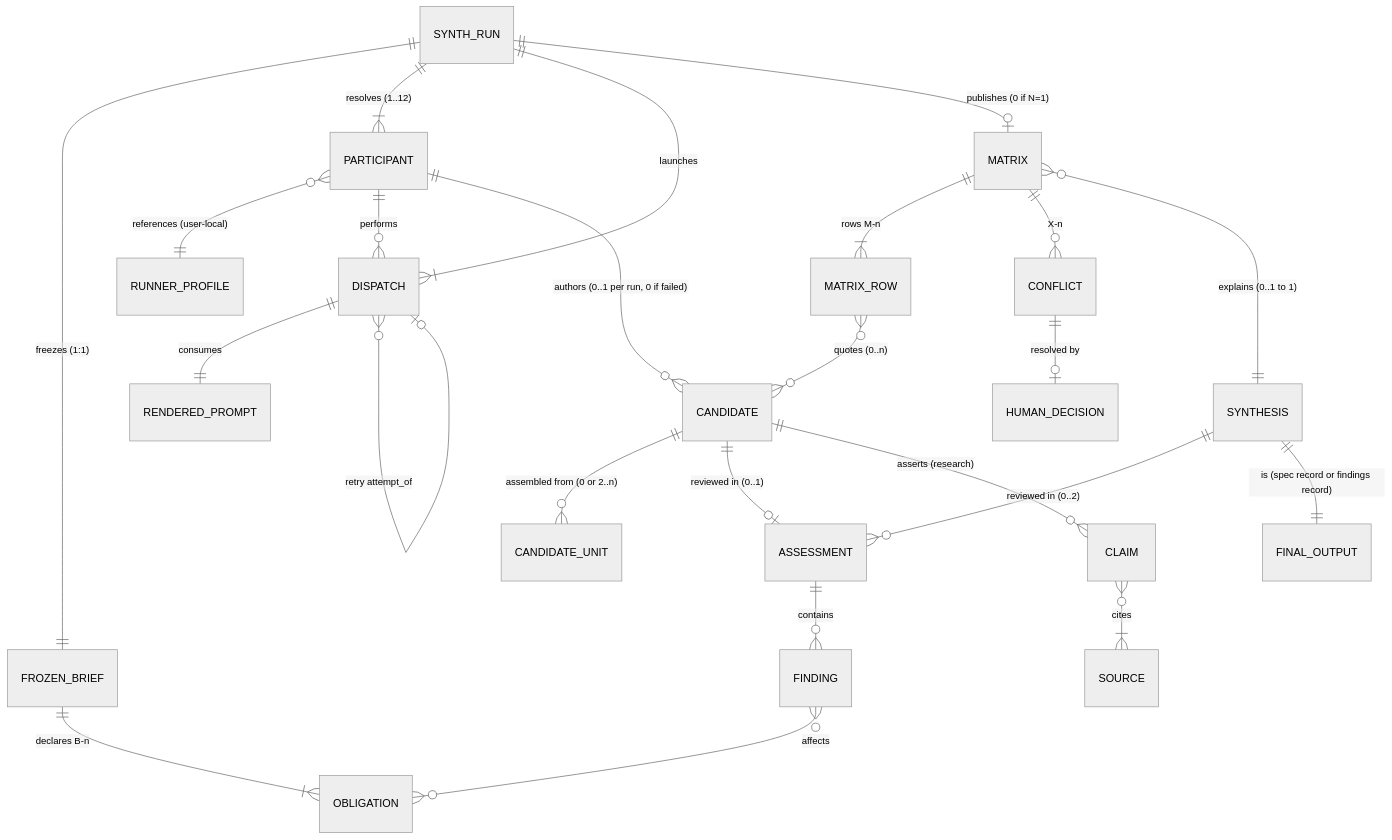
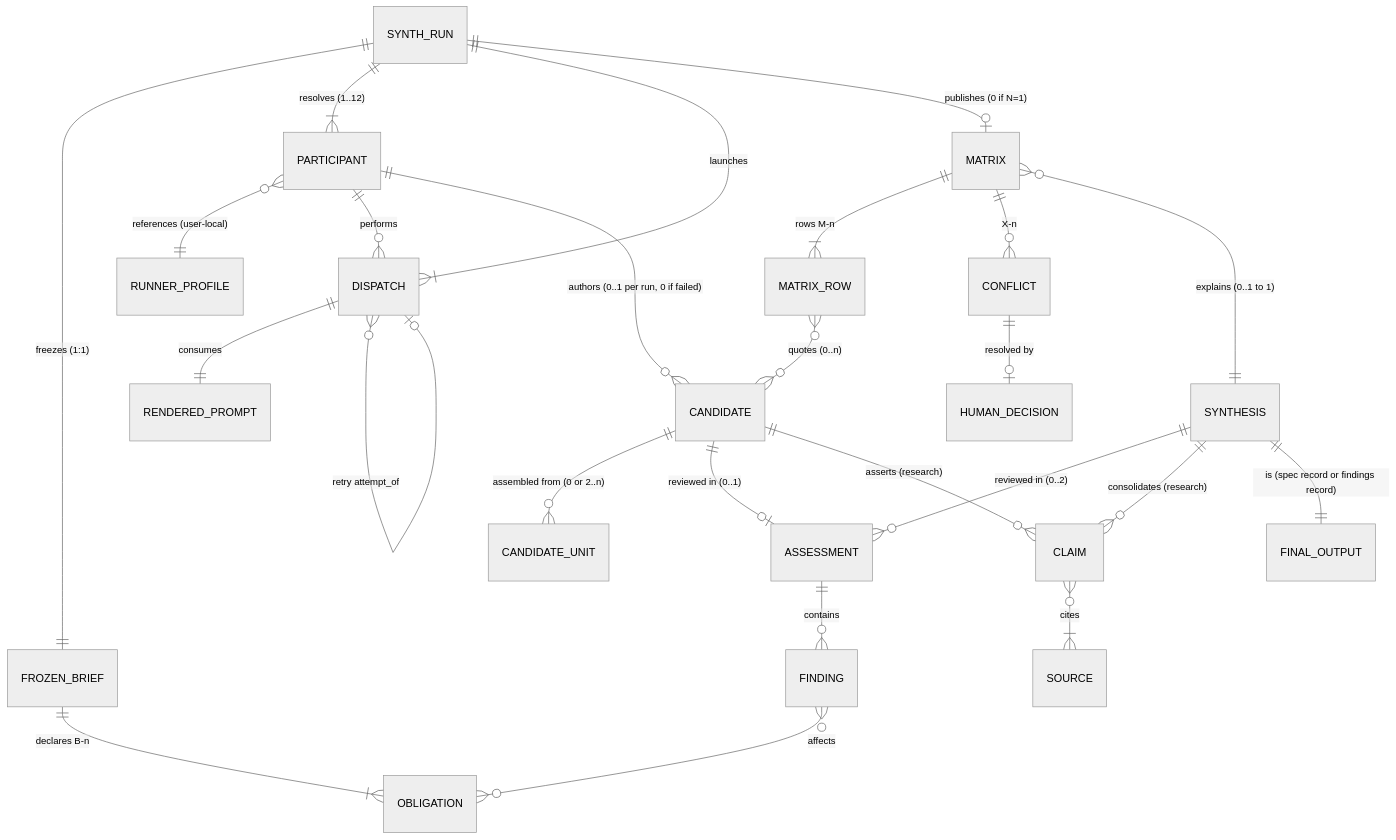
The first of 4 diagrams in .aw/records/specs/draft/20261024-specflow-03-yfz5u9-spec-research-synthesis.spec.md (fariello/agent-workflows), drawn with Mermaid (neutral theme) before and after one commit. The commit also changed other lines of this file and 1 other file, not shown here.

````diff
--- a/.aw/records/specs/draft/20261024-specflow-03-yfz5u9-spec-research-synthesis.spec.md
+++ b/.aw/records/specs/draft/20261024-specflow-03-yfz5u9-spec-research-synthesis.spec.md
@@ -747,26 +752,27 @@
 ```mermaid
 erDiagram
     SYNTH_RUN ||--|| FROZEN_BRIEF : "freezes (1:1)"
     SYNTH_RUN ||--|{ PARTICIPANT : "resolves (1..12)"
     PARTICIPANT }o--|| RUNNER_PROFILE : "references (user-local)"
     FROZEN_BRIEF ||--|{ OBLIGATION : "declares B-n"
     SYNTH_RUN ||--|{ DISPATCH : "launches"
     DISPATCH ||--|| RENDERED_PROMPT : "consumes"
     DISPATCH }o--o| DISPATCH : "retry attempt_of"
     PARTICIPANT ||--o{ DISPATCH : "performs"
     PARTICIPANT ||--o{ CANDIDATE : "authors (0..1 per run, 0 if failed)"
     CANDIDATE ||--o{ CANDIDATE_UNIT : "assembled from (0 or 2..n)"
     CANDIDATE ||--o| ASSESSMENT : "reviewed in (0..1)"
     SYNTHESIS ||--o{ ASSESSMENT : "reviewed in (0..2)"
     ASSESSMENT ||--o{ FINDING : "contains"
     FINDING }o--o{ OBLIGATION : "affects"
     SYNTH_RUN ||--o| MATRIX : "publishes (0 if N=1)"
     MATRIX ||--|{ MATRIX_ROW : "rows M-n"
     MATRIX_ROW }o--o{ CANDIDATE : "quotes (0..n)"
     MATRIX ||--o{ CONFLICT : "X-n"
     CONFLICT ||--o| HUMAN_DECISION : "resolved by"
     MATRIX }o--|| SYNTHESIS : "explains (0..1 to 1)"
     CANDIDATE ||--o{ CLAIM : "asserts (research)"
     CLAIM }o--|{ SOURCE : "cites"
+    SYNTHESIS ||--o{ CLAIM : "consolidates (research)"
     SYNTHESIS ||--|| FINAL_OUTPUT : "is (spec record or findings record)"
 ```
````
